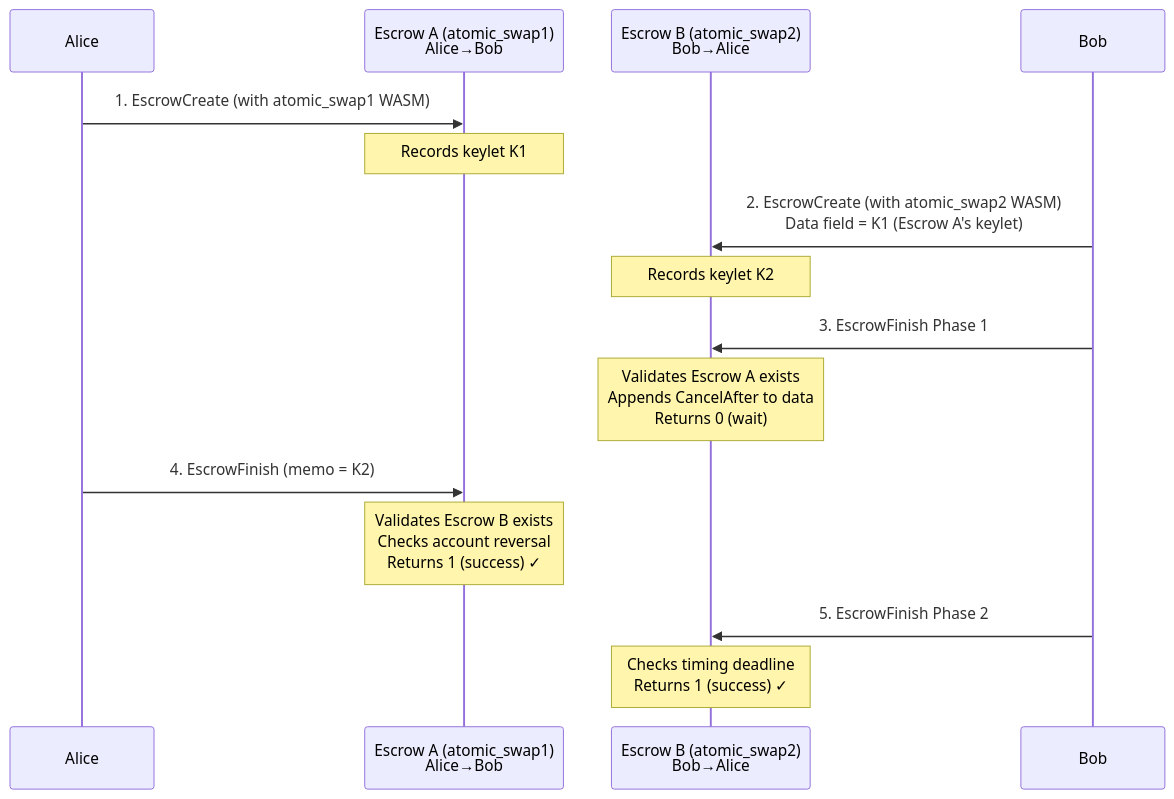
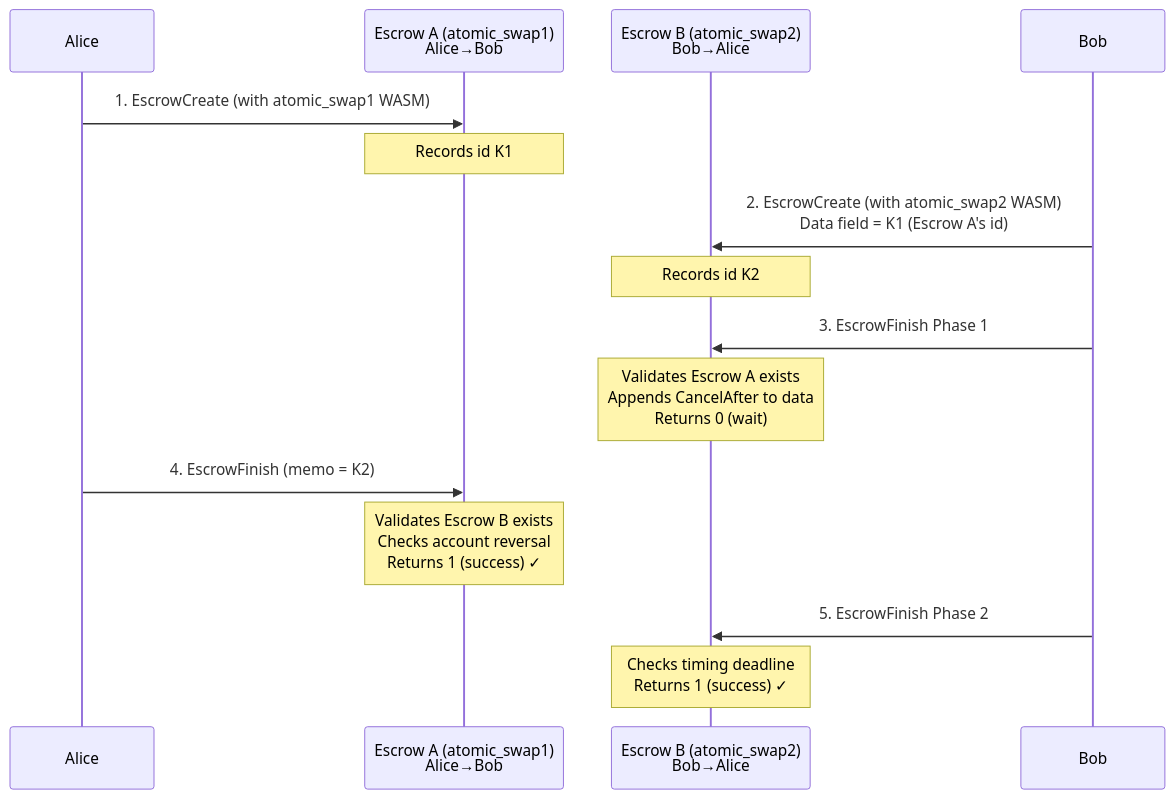
One commit to ripple/xrpl-wasm-stdlib changed the first of 2 diagrams in examples/smart-escrows/atomic_swap/README.md. Above: the diagram before and after it, drawn with Mermaid. The commit also changed other lines of this file and 56 other files, not shown here.

````diff
--- a/examples/smart-escrows/atomic_swap/README.md
+++ b/examples/smart-escrows/atomic_swap/README.md
@@ -25,21 +25,21 @@
 ```mermaid
 sequenceDiagram
     participant Alice
     participant Escrow1 as Escrow A (atomic_swap1)<br/>Alice→Bob
     participant Escrow2 as Escrow B (atomic_swap2)<br/>Bob→Alice
     participant Bob
 
     Alice->>Escrow1: 1. EscrowCreate (with atomic_swap1 WASM)
-    Note over Escrow1: Records keylet K1
+    Note over Escrow1: Records id K1
 
-    Bob->>Escrow2: 2. EscrowCreate (with atomic_swap2 WASM)<br/>Data field = K1 (Escrow A's keylet)
-    Note over Escrow2: Records keylet K2
+    Bob->>Escrow2: 2. EscrowCreate (with atomic_swap2 WASM)<br/>Data field = K1 (Escrow A's id)
+    Note over Escrow2: Records id K2
 
     Bob->>Escrow2: 3. EscrowFinish Phase 1
     Note over Escrow2: Validates Escrow A exists<br/>Appends CancelAfter to data<br/>Returns 0 (wait)
 
     Alice->>Escrow1: 4. EscrowFinish (memo = K2)
     Note over Escrow1: Validates Escrow B exists<br/>Checks account reversal<br/>Returns 1 (success) ✓
     Bob->>Escrow2: 5. EscrowFinish Phase 2
     Note over Escrow2: Checks timing deadline<br/>Returns 1 (success) ✓
 ```
````
